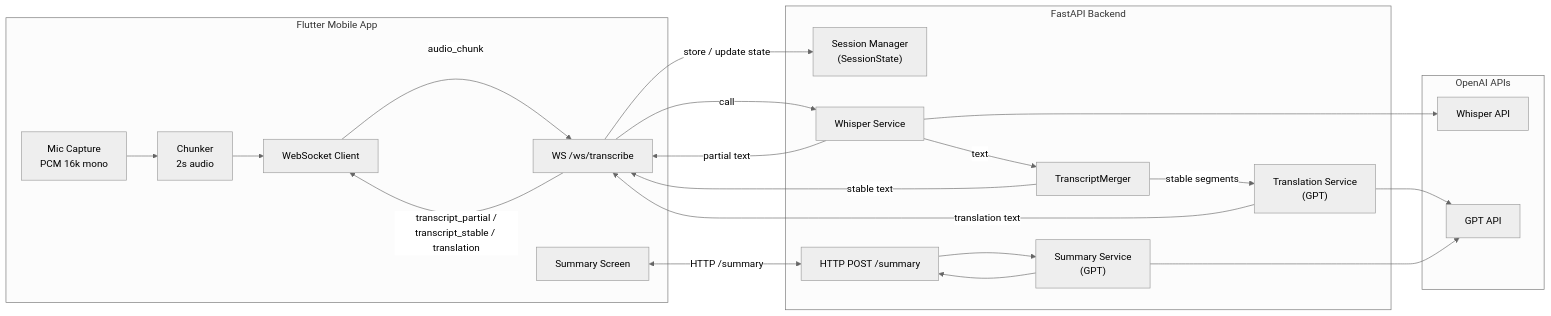
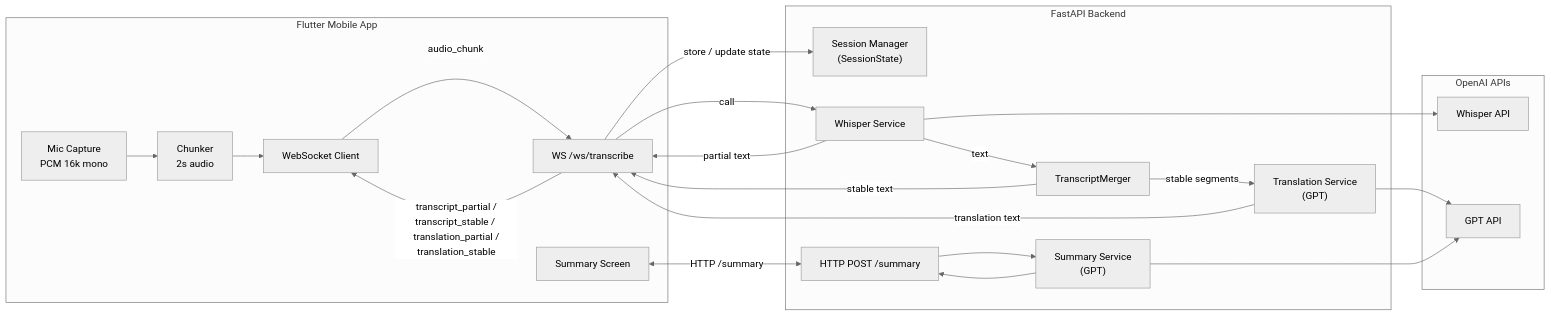
Before and after one commit to MeetLens/meetlens-backend: the first of 2 diagrams in docs/Architecture & Flow (MVP).md, drawn with Mermaid (neutral theme). The commit also changed other lines of this file and 1 other file, not shown here.

Commit message:
Document translation partial and stable messaging

````diff
--- a/docs/Architecture & Flow (MVP).md
+++ b/docs/Architecture & Flow (MVP).md
@@ -37,43 +37,43 @@
 ```mermaid
 flowchart LR
     subgraph Client [Flutter Mobile App]
         A["Mic Capture<br>PCM 16k mono"] --> B["Chunker<br>2s audio"]
         B --> C[WebSocket Client]
         C -->|"audio_chunk"| D
-        D -->|"transcript_partial /<br>transcript_stable / translation"| C
+        D -->|"transcript_partial /<br>transcript_stable / translation_partial /<br>translation_stable"| C
         E[Summary Screen]
     end
 
     subgraph Backend [FastAPI Backend]
         D[WS /ws/transcribe]
         G["Session Manager<br>(SessionState)"]
         H[TranscriptMerger]
         I[Whisper Service]
         J["Translation Service<br>(GPT)"]
         F[HTTP POST /summary]
         K["Summary Service<br>(GPT)"]
     end
 
     subgraph OpenAI [OpenAI APIs]
         I2[Whisper API]
         J2[GPT API]
     end
 
     D -->|"store / update state"| G
     D -->|call| I
     I -->|text| H
     H -->|"stable segments"| J
     I -->|"partial text"| D
     H -->|"stable text"| D
     J -->|"translation text"| D
 
     I --> I2
     J --> J2
     K --> J2
 
     F --> K
     K --> F
 
     E <-->|"HTTP /summary"| F
 
 ```
````
